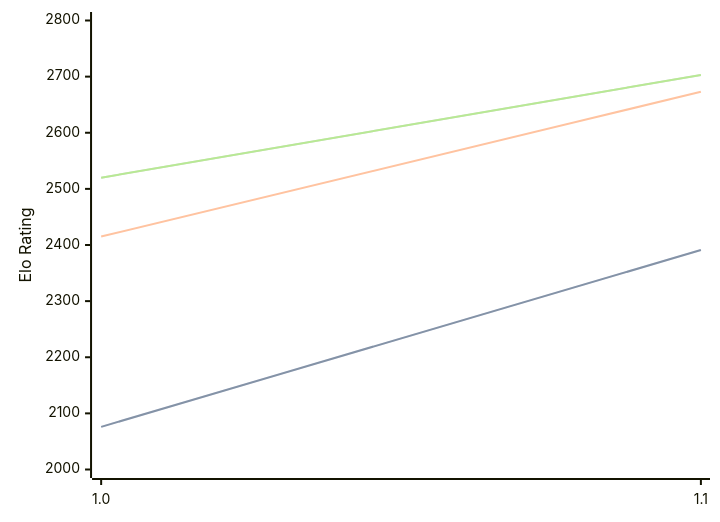
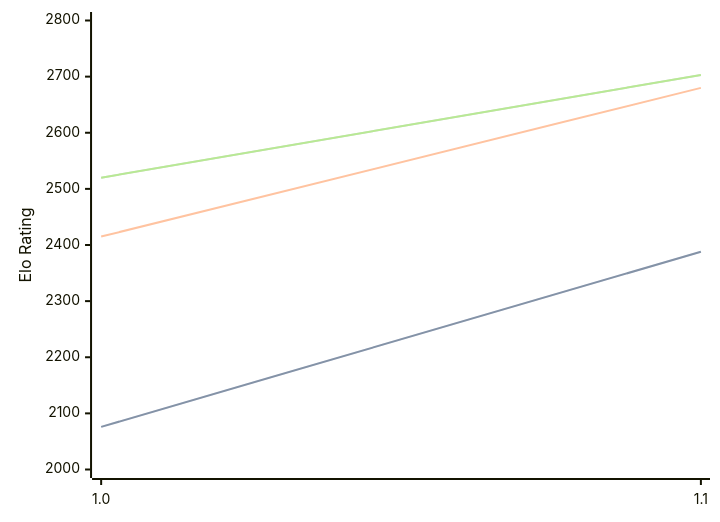
Before and after one commit to computer-chess-index/cci: the diagram in engines/Erinn.md, drawn with Mermaid. The commit also changed other lines of this file, not shown here.

````diff
--- a/engines/Erinn.md
+++ b/engines/Erinn.md
@@ -32,11 +32,11 @@
 ```mermaid
 %%{init: {"theme":"base","themeVariables":{"seriesColors:['#a3a3a3','#222221','#faa371']}}}%%
 xychart-beta
   x-axis ["1.0", "1.1"]
   y-axis "Elo Rating" 2000 --> 2800
-  line "STC (8.0+0.08s)" [2076, 2391]
-  line "STC (8.0+0.08s)" [2076, 2391]
-  line "LTC (60.0+0.60s)" [2415, 2673]
+  line "STC (8.0+0.08s)" [2076, 2388]
+  line "STC (8.0+0.08s)" [2076, 2388]
+  line "LTC (60.0+0.60s)" [2415, 2680]
   line "VLTC (2m24s+1.12s)" [2520, 2703]
   line "VLTC (2m24s+1.12s)" [2520, 2703]
 ```
````
